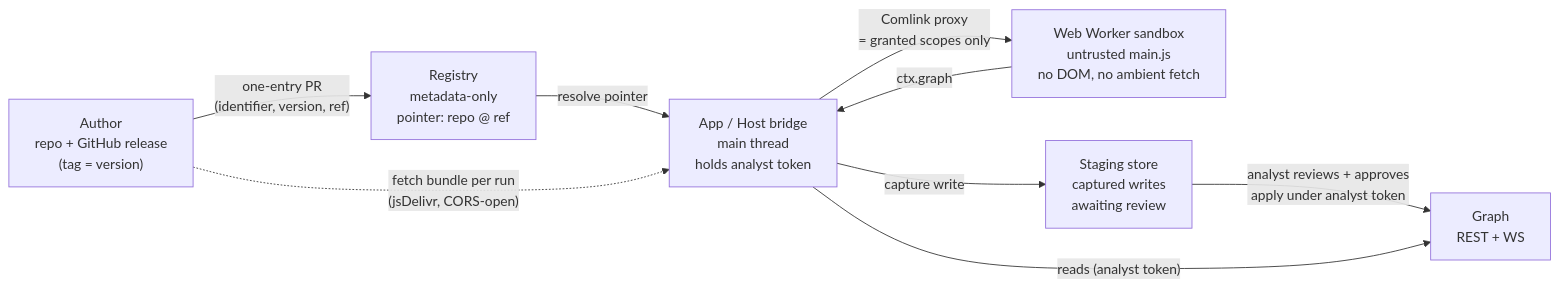
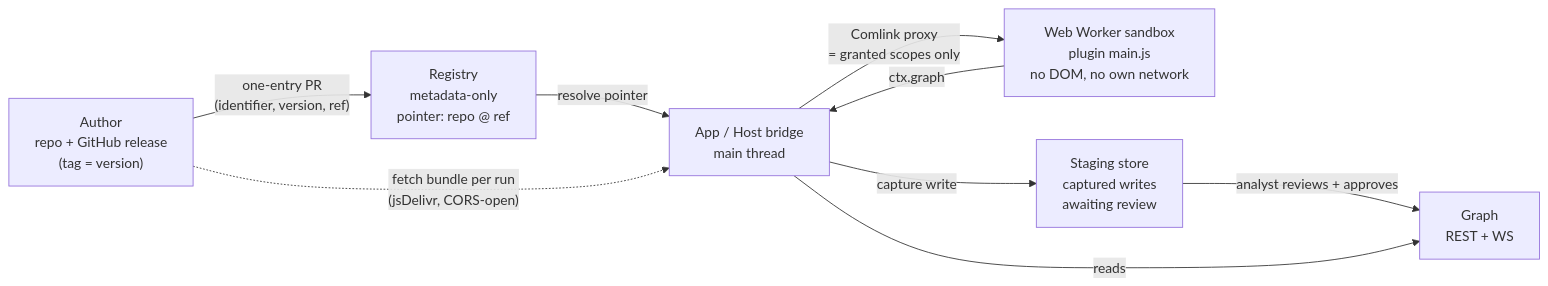
Before and after one commit to Vineyard-Intelligence/documentation: the diagram in docs/develop/architecture.md, drawn with Mermaid. The commit also changed other lines of this file and 96 other files, not shown here.

````diff
--- a/docs/develop/architecture.md
+++ b/docs/develop/architecture.md
@@ -15,18 +15,18 @@
 ```mermaid
 flowchart LR
     A["Author<br/>repo + GitHub release<br/>(tag = version)"]
     R["Registry<br/>metadata-only<br/>pointer: repo @ ref"]
-    H["App / Host bridge<br/>main thread<br/>holds analyst token"]
-    W["Web Worker sandbox<br/>untrusted main.js<br/>no DOM, no ambient fetch"]
+    H["App / Host bridge<br/>main thread"]
+    W["Web Worker sandbox<br/>plugin main.js<br/>no DOM, no own network"]
     S["Staging store<br/>captured writes<br/>awaiting review"]
     G["Graph<br/>REST + WS"]
 
     A -- "one-entry PR<br/>(identifier, version, ref)" --> R
     R -- "resolve pointer" --> H
     A -. "fetch bundle per run<br/>(jsDelivr, CORS-open)" .-> H
     H -- "Comlink proxy<br/>= granted scopes only" --> W
     W -- "ctx.graph" --> H
     H -- "capture write" --> S
-    S -- "analyst reviews + approves<br/>apply under analyst token" --> G
-    H -- "reads (analyst token)" --> G
+    S -- "analyst reviews + approves" --> G
+    H -- "reads" --> G
 ```
````
